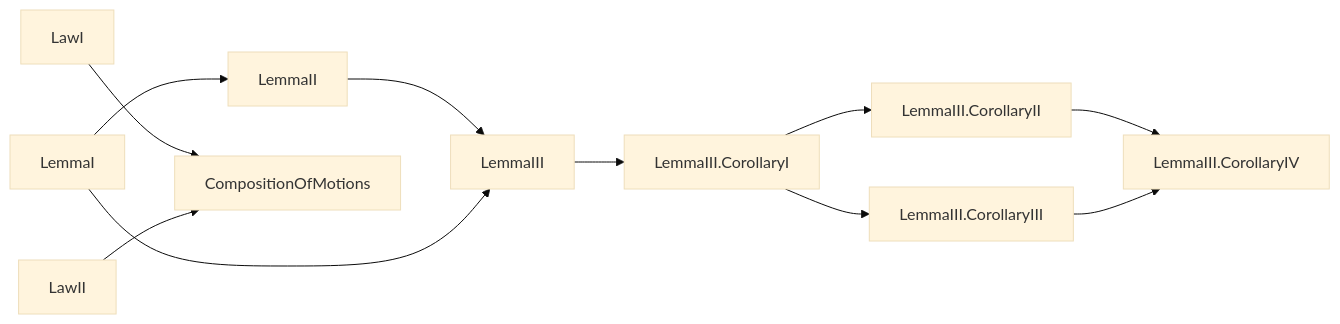
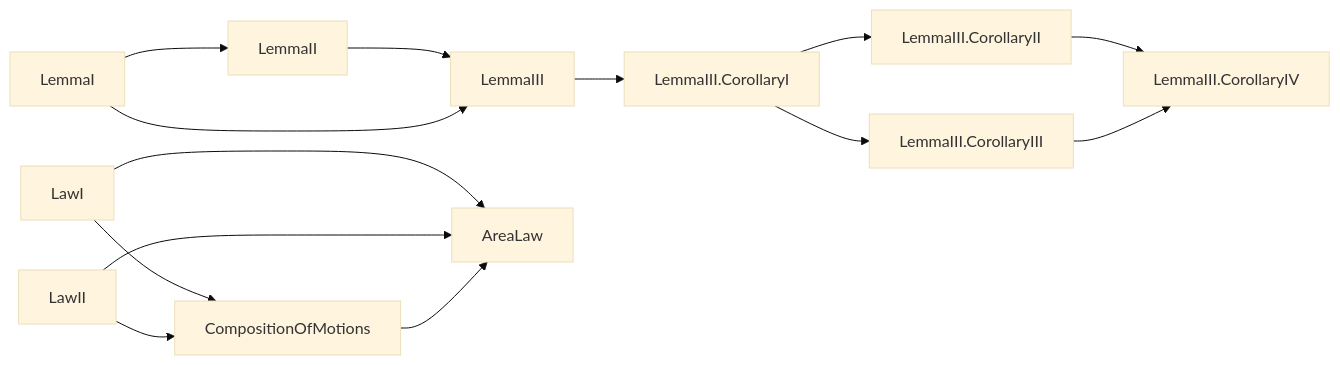
The seventh of 7 diagrams in research/figures.md (arivero/newtonlean), drawn with Mermaid (base theme) before and after one commit. The commit also changed other lines of this file and 6 other files, not shown here.

````diff
--- a/research/figures.md
+++ b/research/figures.md
@@ -183,13 +183,16 @@
 ```mermaid
 flowchart LR
   LemmaII["LemmaII"] --> LemmaIII["LemmaIII"]
   LawI["LawI"] --> CompositionOfMotions["CompositionOfMotions"]
   LawII["LawII"] --> CompositionOfMotions["CompositionOfMotions"]
+  LawI["LawI"] --> AreaLaw["AreaLaw"]
+  LawII["LawII"] --> AreaLaw["AreaLaw"]
+  CompositionOfMotions["CompositionOfMotions"] --> AreaLaw["AreaLaw"]
   LemmaI["LemmaI"] --> LemmaIII["LemmaIII"]
   LemmaIII_CorollaryII["LemmaIII.CorollaryII"] --> LemmaIII_CorollaryIV["LemmaIII.CorollaryIV"]
   LemmaIII_CorollaryIII["LemmaIII.CorollaryIII"] --> LemmaIII_CorollaryIV["LemmaIII.CorollaryIV"]
   LemmaIII_CorollaryI["LemmaIII.CorollaryI"] --> LemmaIII_CorollaryIII["LemmaIII.CorollaryIII"]
   LemmaI["LemmaI"] --> LemmaII["LemmaII"]
   LemmaIII_CorollaryI["LemmaIII.CorollaryI"] --> LemmaIII_CorollaryII["LemmaIII.CorollaryII"]
   LemmaIII["LemmaIII"] --> LemmaIII_CorollaryI["LemmaIII.CorollaryI"]
 ```
````
